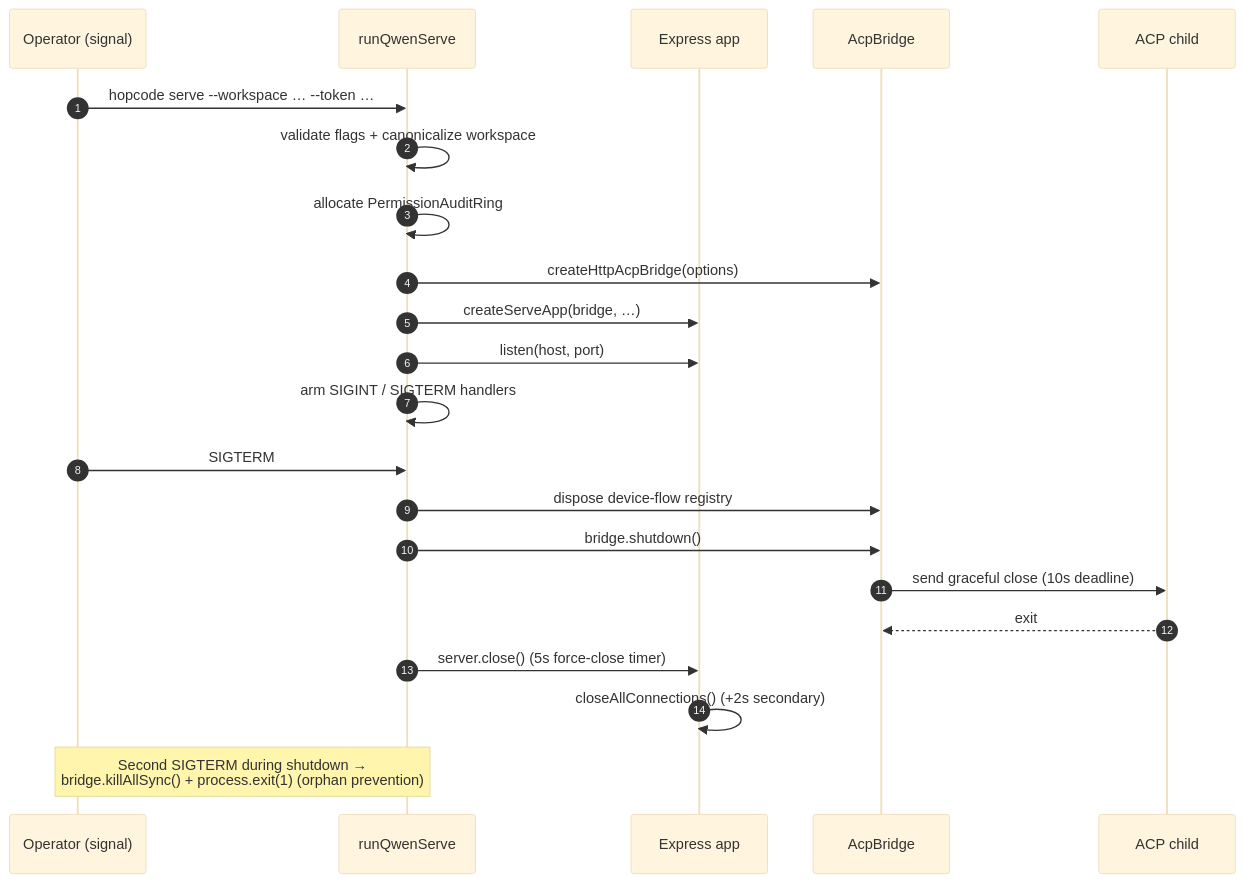
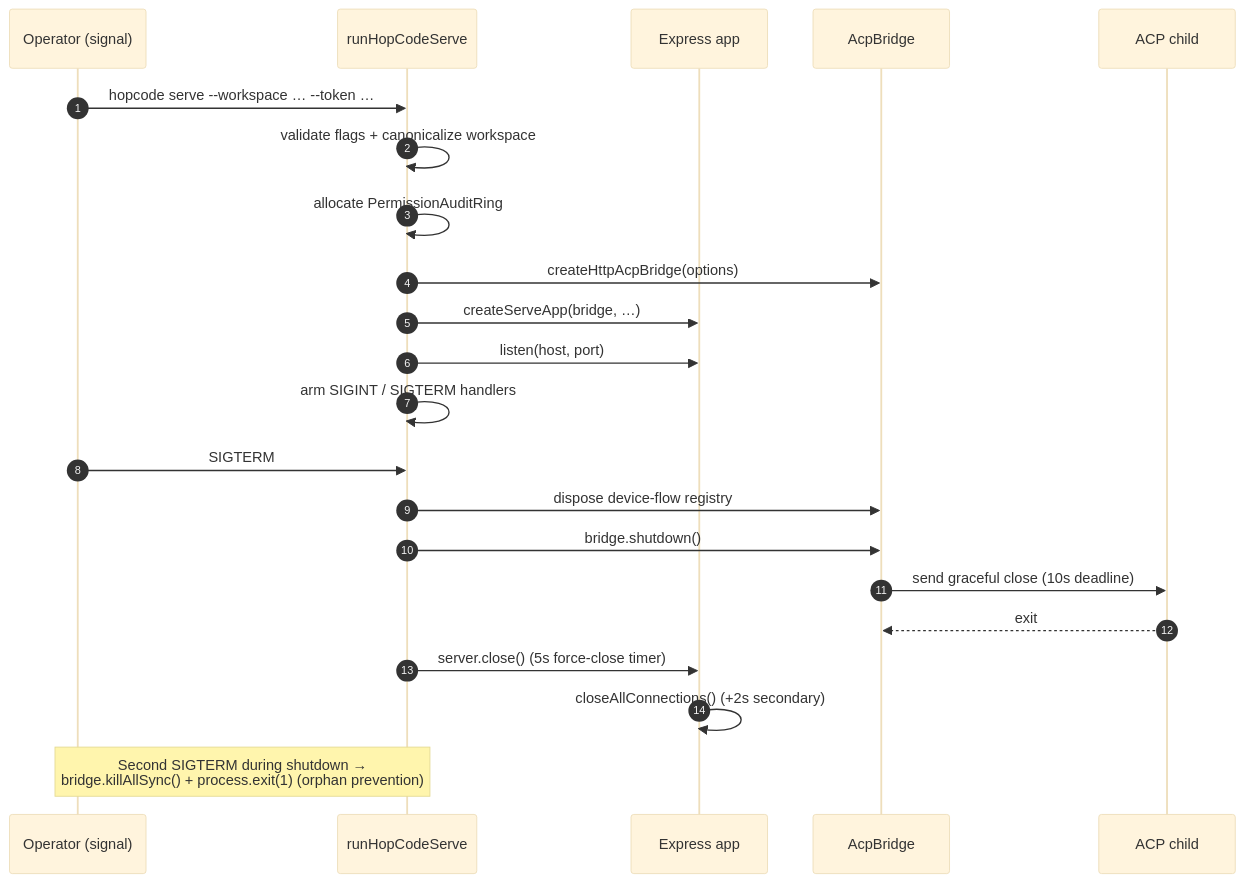
One commit to TaimoorSiddiquiOfficial/HopCode changed the seventh of 7 diagrams in docs/developers/daemon/01-architecture.md. Above: the diagram before and after it, drawn with Mermaid (base theme). The commit also changed other lines of this file and 84 other files, not shown here.

````diff
--- a/docs/developers/daemon/01-architecture.md
+++ b/docs/developers/daemon/01-architecture.md
@@ -297,26 +297,26 @@
 ```mermaid
 sequenceDiagram
     autonumber
     participant Op as Operator (signal)
-    participant RQS as runQwenServe
+    participant RQS as runHopCodeServe
     participant APP as Express app
     participant BR as AcpBridge
     participant CH as ACP child
 
     Op->>RQS: hopcode serve --workspace … --token …
     RQS->>RQS: validate flags + canonicalize workspace
     RQS->>RQS: allocate PermissionAuditRing
     RQS->>BR: createHttpAcpBridge(options)
     RQS->>APP: createServeApp(bridge, …)
     RQS->>APP: listen(host, port)
     RQS->>RQS: arm SIGINT / SIGTERM handlers
 
     Op->>RQS: SIGTERM
     RQS->>BR: dispose device-flow registry
     RQS->>BR: bridge.shutdown()
     BR->>CH: send graceful close (10s deadline)
     CH-->>BR: exit
     RQS->>APP: server.close() (5s force-close timer)
     APP->>APP: closeAllConnections() (+2s secondary)
     Note over Op,RQS: Second SIGTERM during shutdown →<br/>bridge.killAllSync() + process.exit(1) (orphan prevention)
 ```
````
